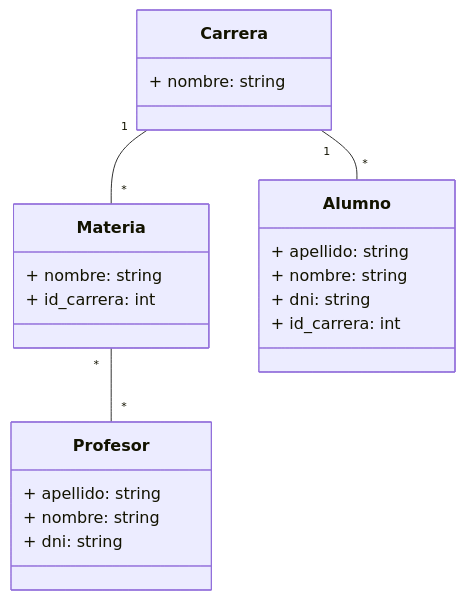
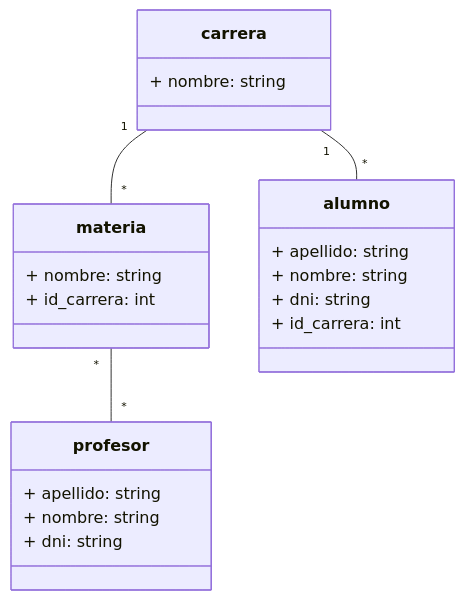
The fourth of 6 diagrams in README.md (pablo-origlia/estrategias-persistencia), drawn with Mermaid before and after one commit. The commit also changed other lines of this file and 16 other files, not shown here.

````diff
--- a/README.md
+++ b/README.md
@@ -232,29 +232,29 @@
 ```mermaid
 classDiagram
 
-Carrera "1"--"*" Materia
-Carrera "1"--"*" Alumno
-Materia "*"--"*" Profesor
+carrera "1"--"*" materia
+carrera "1"--"*" alumno
+materia "*"--"*" profesor
 
-class Carrera {
+class carrera {
   + nombre: string
 }
 
-class Materia {
+class materia {
   + nombre: string
   + id_carrera: int
 }
 
-class Alumno {
+class alumno {
   + apellido: string
   + nombre: string
   + dni: string
   + id_carrera: int
 }
 
-class Profesor {
+class profesor {
   + apellido: string
   + nombre: string
   + dni: string
 }
 ```
````
